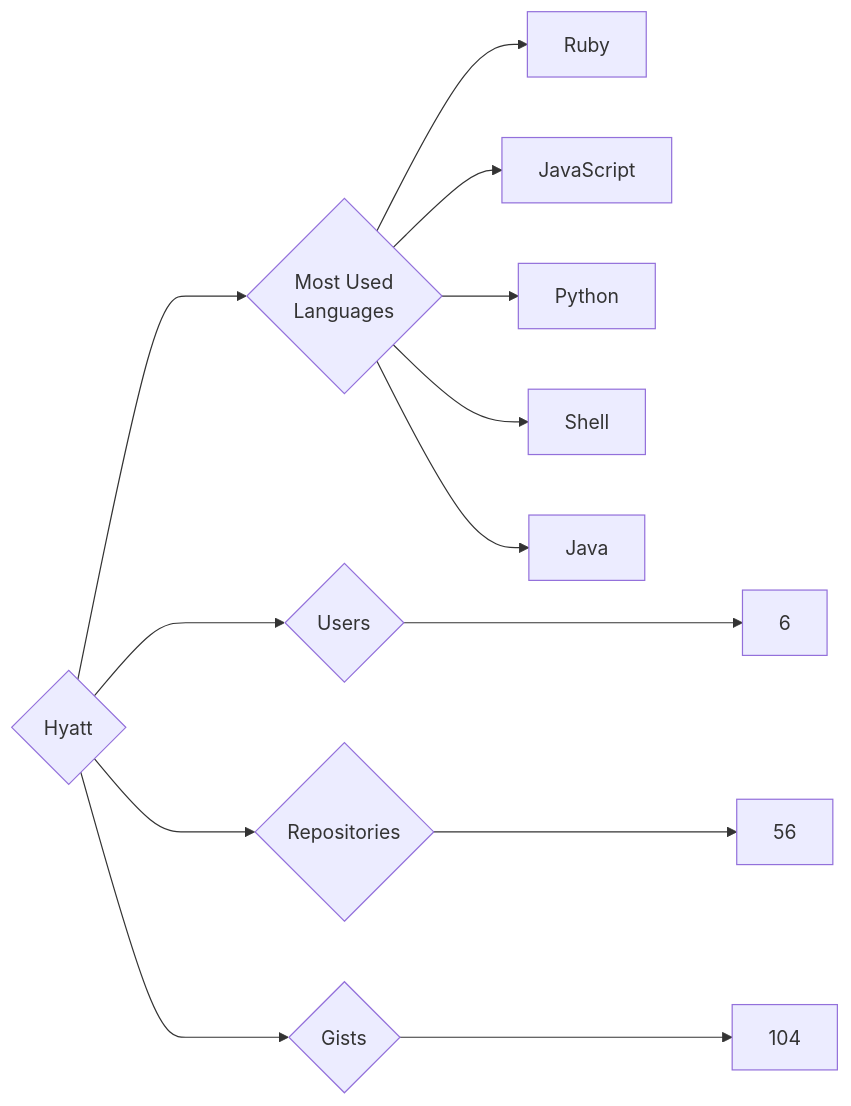
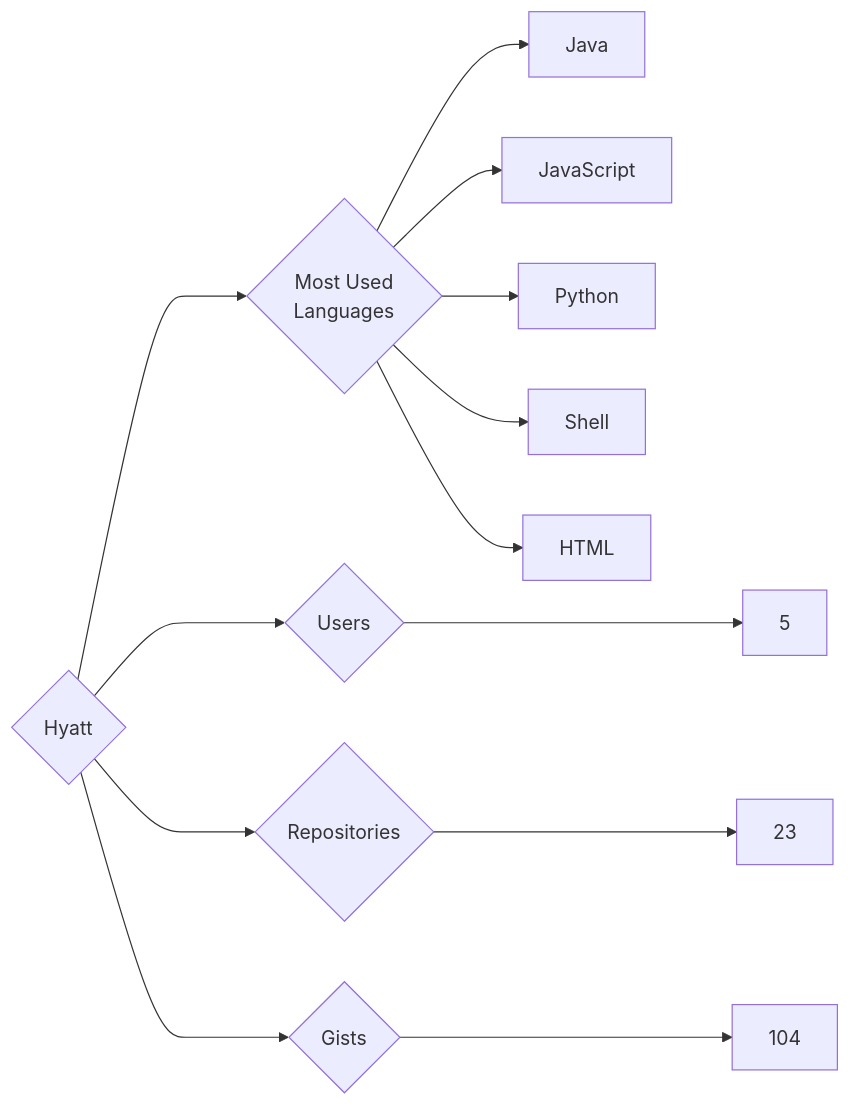
The diagram in targets/Hyatt/README.md (trickest/insiders), drawn with Mermaid before and after one commit. The commit also changed 1195 other files, not shown here.

````diff
--- a/targets/Hyatt/README.md
+++ b/targets/Hyatt/README.md
@@ -3,13 +3,13 @@
 ```mermaid
 graph LR
 COMPANY_NAME{Hyatt}
-COMPANY_NAME ---> U{Users} ---> UN[6]
-COMPANY_NAME ---> R{Repositories} ---> RN[56]
+COMPANY_NAME ---> U{Users} ---> UN[5]
+COMPANY_NAME ---> R{Repositories} ---> RN[23]
 COMPANY_NAME ---> G{Gists} ---> GN[104]
 COMPANY_NAME ---> ML{Most Used<br>Languages}
-ML --> Ruby[Ruby]
+ML --> Java[Java]
 ML --> JavaScript[JavaScript]
 ML --> Python[Python]
 ML --> Shell[Shell]
-ML --> Java[Java]
+ML --> HTML[HTML]
 ```
````
